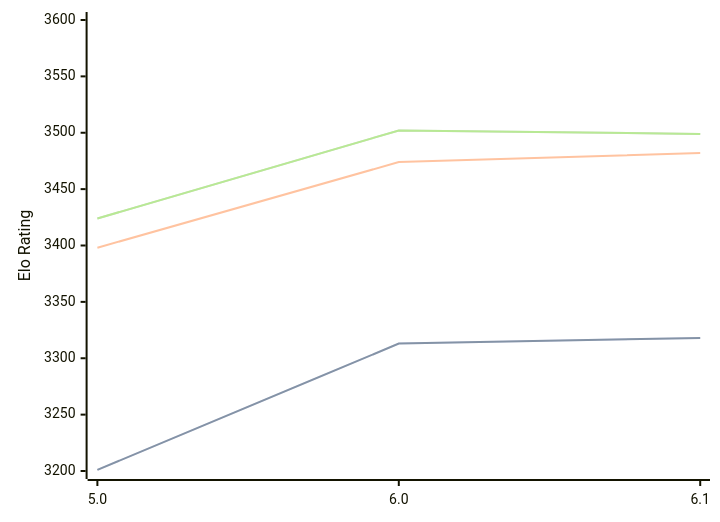
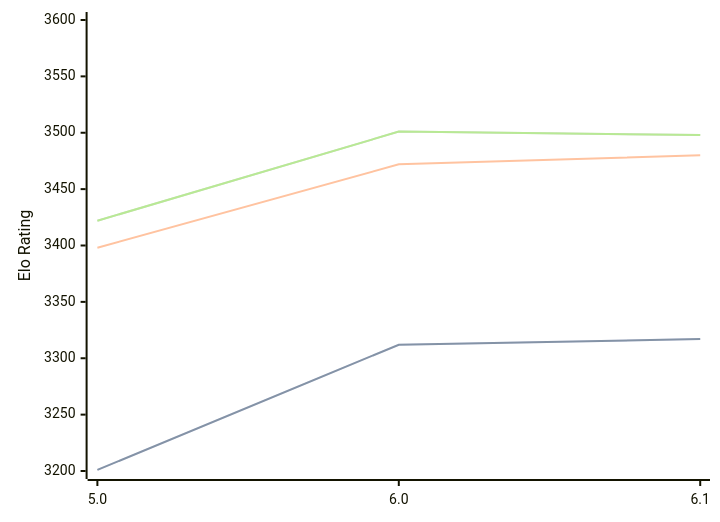
One commit to computer-chess-index/cci changed the diagram in engines/Starzix.md. Above: the diagram before and after it, drawn with Mermaid. The commit also changed other lines of this file, not shown here.

Commit message:
Update CCI Ratings (ELO VLTC) - 2026-08-04

````diff
--- a/engines/Starzix.md
+++ b/engines/Starzix.md
@@ -37,11 +37,11 @@
 ```mermaid
 %%{init: {"theme":"base","themeVariables":{"seriesColors:['#a3a3a3','#222221','#faa371']}}}%%
 xychart-beta
   x-axis ["5.0", "6.0", "6.1"]
   y-axis "Elo Rating" 3200 --> 3600
-  line "STC (8.0+0.08s)" [3201, 3313, 3318]
-  line "STC (8.0+0.08s)" [3201, 3313, 3318]
-  line "LTC (60.0+0.60s)" [3398, 3474, 3482]
-  line "VLTC (2m24s+1.12s)" [3424, 3502, 3499]
-  line "VLTC (2m24s+1.12s)" [3424, 3502, 3499]
+  line "STC (8.0+0.08s)" [3201, 3312, 3317]
+  line "STC (8.0+0.08s)" [3201, 3312, 3317]
+  line "LTC (60.0+0.60s)" [3398, 3472, 3480]
+  line "VLTC (2m24s+1.12s)" [3422, 3501, 3498]
+  line "VLTC (2m24s+1.12s)" [3422, 3501, 3498]
 ```
````
